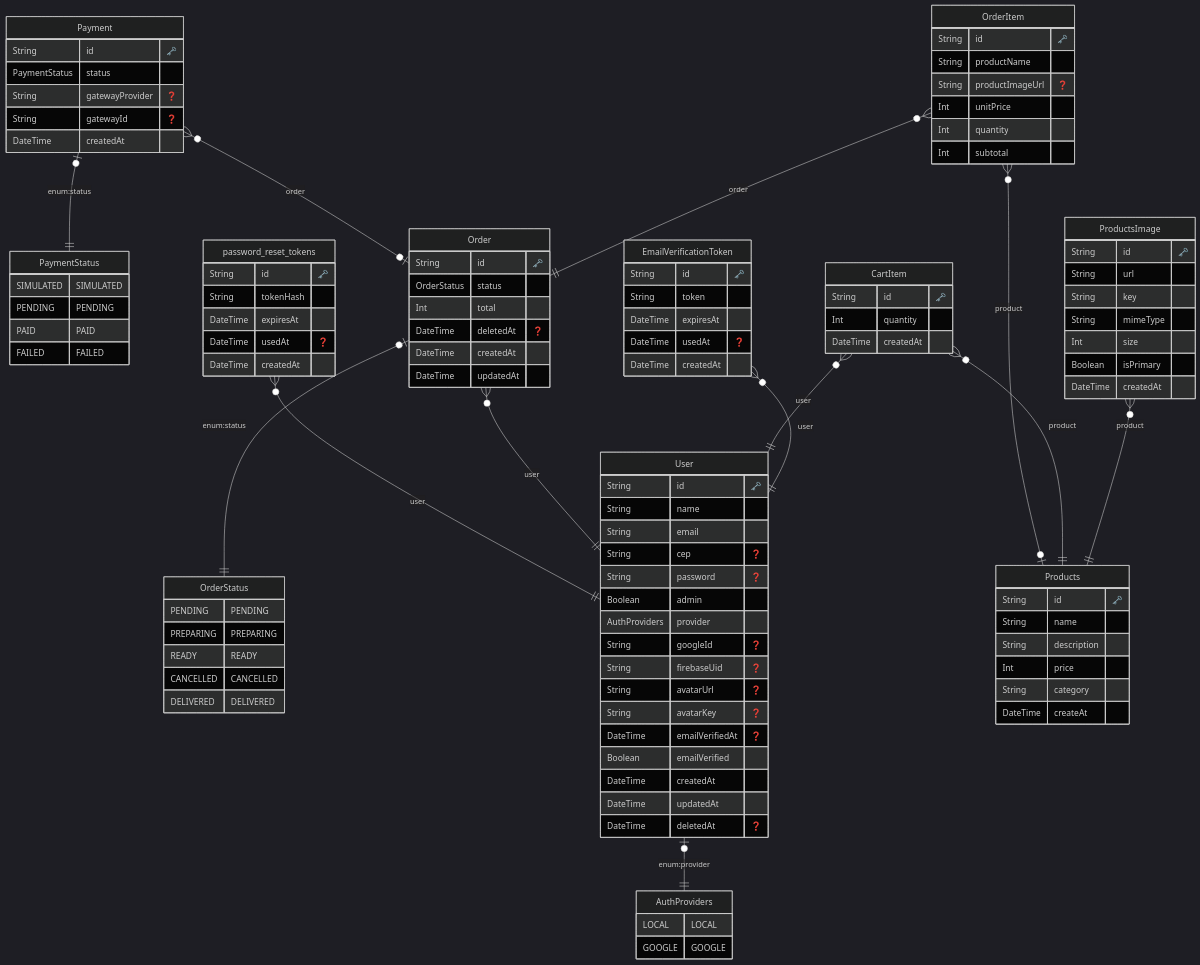
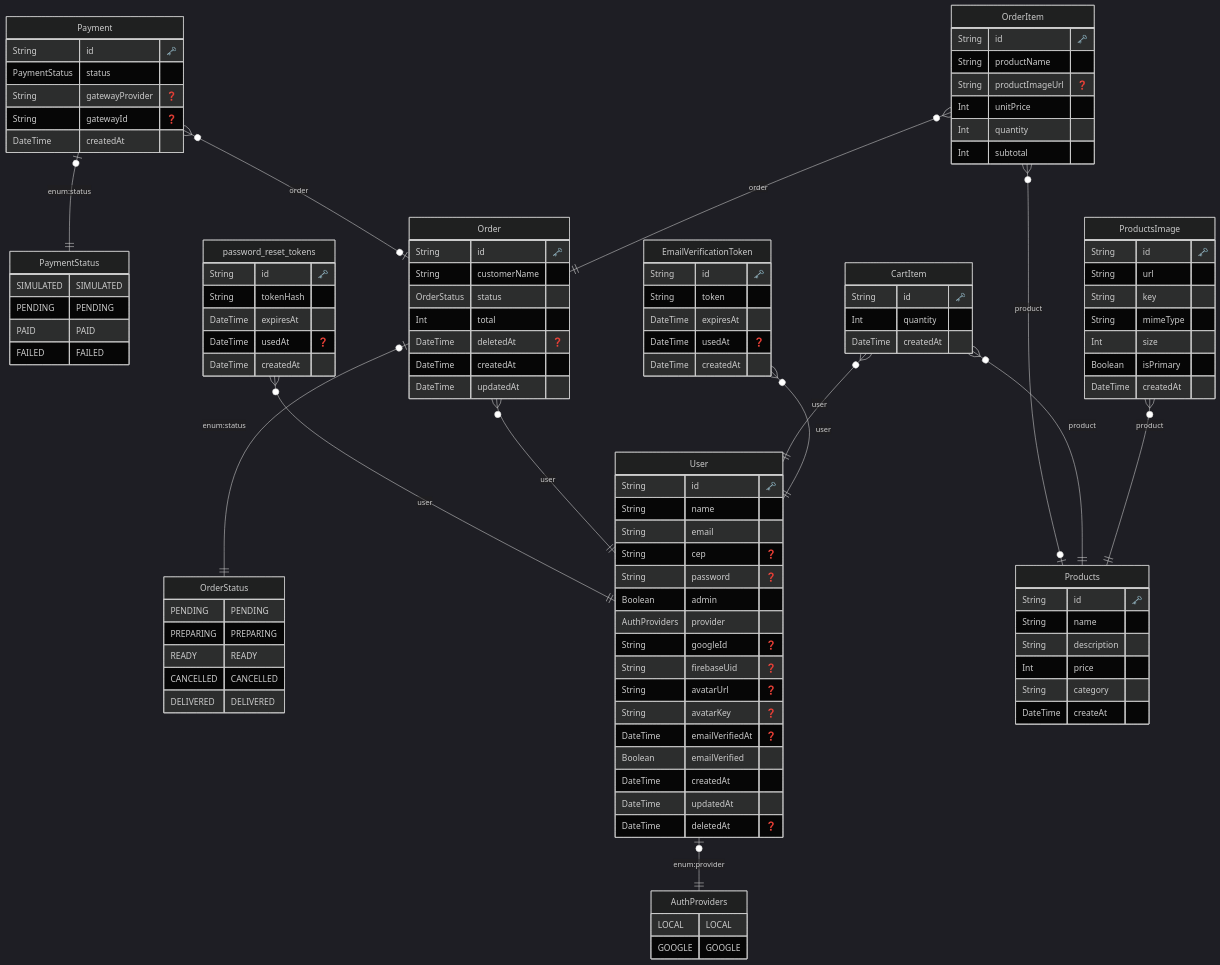
One commit to DevWesleyMedeiros/casa-do-hamburger changed the diagram in back-end/docs/architecture/ERD.md. Above: the diagram before and after it, drawn with Mermaid (dark theme). The commit also changed 2 other files, not shown here.

Commit message:
refactor(Order): add customerName field to capture user's name at order time

```diff
--- a/back-end/docs/architecture/ERD.md
+++ b/back-end/docs/architecture/ERD.md
@@ -84,6 +84,7 @@
 
   "Order" {
     String id "🗝️"
+    String customerName 
     OrderStatus status 
     Int total 
     DateTime deletedAt "❓"
```
